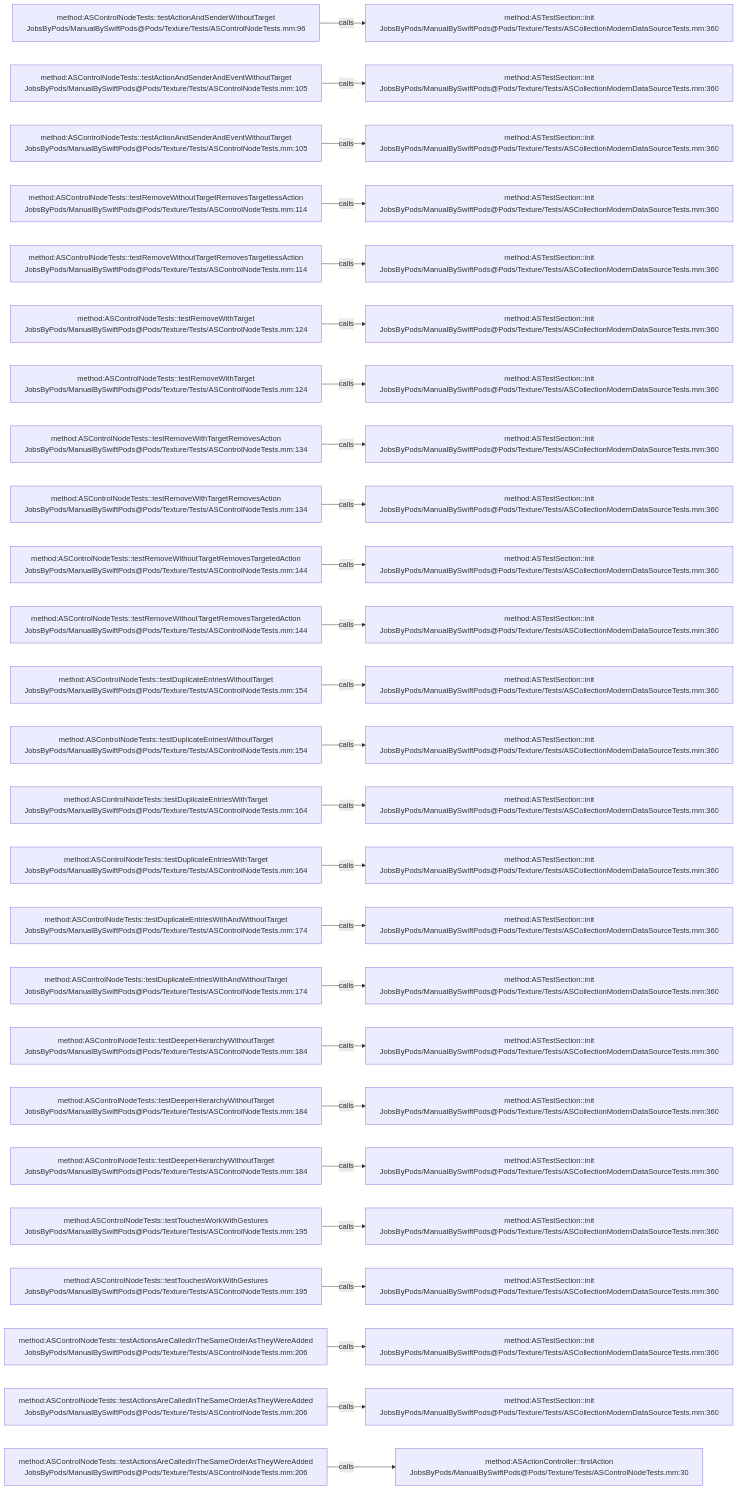
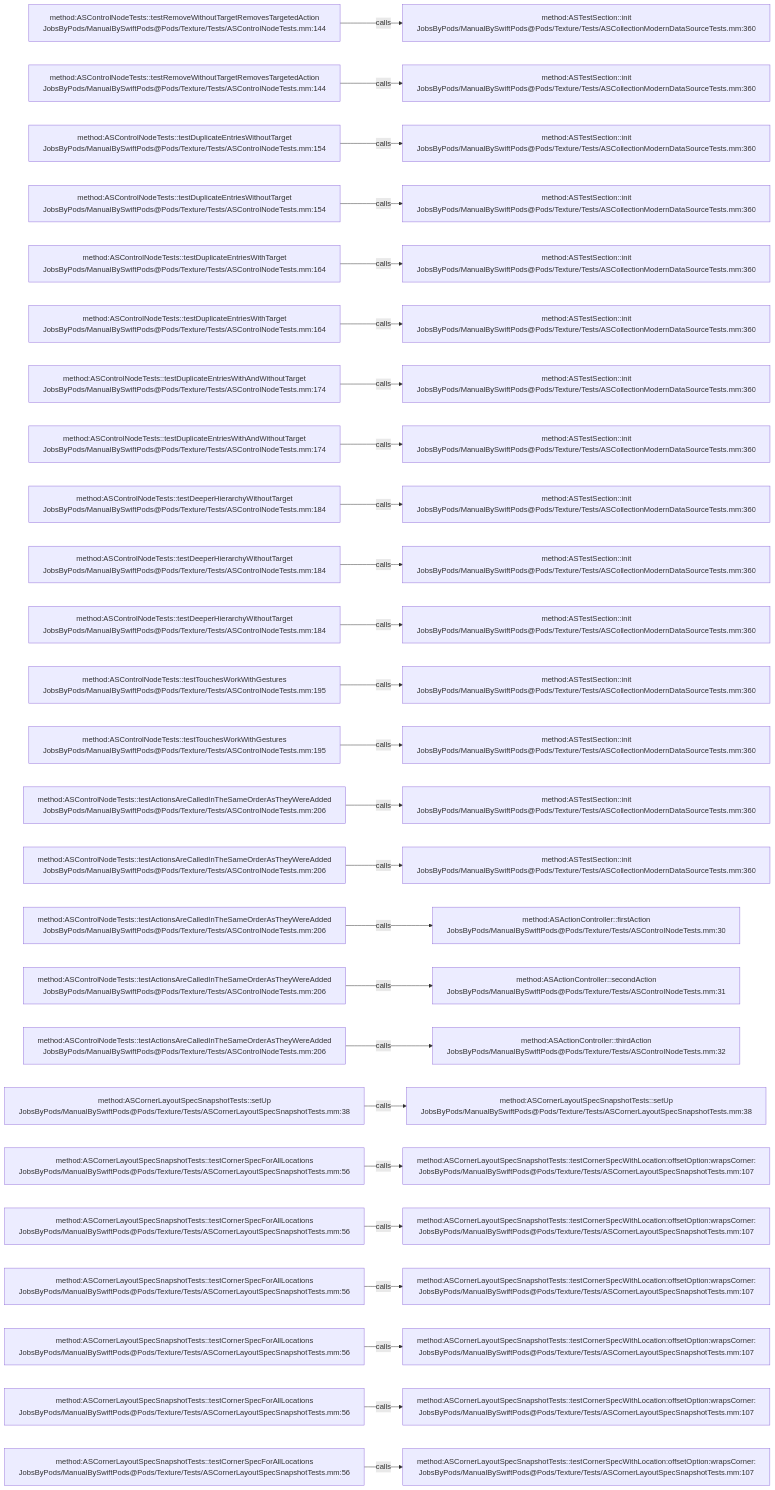
One commit to JobsKits/JobsSwiftBaseConfigDemo changed the diagram in .codegraph/codegraph.md/graphs/calls-176.md. Above: the diagram before and after it, drawn with Mermaid. The commit also changed 707 other files, not shown here.

````diff
--- a/.codegraph/codegraph.md/graphs/calls-176.md
+++ b/.codegraph/codegraph.md/graphs/calls-176.md
@@ -13,78 +13,78 @@
 ```mermaid
 flowchart LR
-  S1["method:ASControlNodeTests::testActionAndSenderWithoutTarget<br/>JobsByPods/ManualBySwiftPods@Pods/Texture/Tests/ASControlNodeTests.mm:96"]
+  S1["method:ASControlNodeTests::testRemoveWithoutTargetRemovesTargetedAction<br/>JobsByPods/ManualBySwiftPods@Pods/Texture/Tests/ASControlNodeTests.mm:144"]
   T1["method:ASTestSection::init<br/>JobsByPods/ManualBySwiftPods@Pods/Texture/Tests/ASCollectionModernDataSourceTests.mm:360"]
   S1 -->|calls| T1
-  S2["method:ASControlNodeTests::testActionAndSenderAndEventWithoutTarget<br/>JobsByPods/ManualBySwiftPods@Pods/Texture/Tests/ASControlNodeTests.mm:105"]
+  S2["method:ASControlNodeTests::testRemoveWithoutTargetRemovesTargetedAction<br/>JobsByPods/ManualBySwiftPods@Pods/Texture/Tests/ASControlNodeTests.mm:144"]
   T2["method:ASTestSection::init<br/>JobsByPods/ManualBySwiftPods@Pods/Texture/Tests/ASCollectionModernDataSourceTests.mm:360"]
   S2 -->|calls| T2
-  S3["method:ASControlNodeTests::testActionAndSenderAndEventWithoutTarget<br/>JobsByPods/ManualBySwiftPods@Pods/Texture/Tests/ASControlNodeTests.mm:105"]
+  S3["method:ASControlNodeTests::testDuplicateEntriesWithoutTarget<br/>JobsByPods/ManualBySwiftPods@Pods/Texture/Tests/ASControlNodeTests.mm:154"]
   T3["method:ASTestSection::init<br/>JobsByPods/ManualBySwiftPods@Pods/Texture/Tests/ASCollectionModernDataSourceTests.mm:360"]
   S3 -->|calls| T3
-  S4["method:ASControlNodeTests::testRemoveWithoutTargetRemovesTargetlessAction<br/>JobsByPods/ManualBySwiftPods@Pods/Texture/Tests/ASControlNodeTests.mm:114"]
+  S4["method:ASControlNodeTests::testDuplicateEntriesWithoutTarget<br/>JobsByPods/ManualBySwiftPods@Pods/Texture/Tests/ASControlNodeTests.mm:154"]
   T4["method:ASTestSection::init<br/>JobsByPods/ManualBySwiftPods@Pods/Texture/Tests/ASCollectionModernDataSourceTests.mm:360"]
   S4 -->|calls| T4
-  S5["method:ASControlNodeTests::testRemoveWithoutTargetRemovesTargetlessAction<br/>JobsByPods/ManualBySwiftPods@Pods/Texture/Tests/ASControlNodeTests.mm:114"]
+  S5["method:ASControlNodeTests::testDuplicateEntriesWithTarget<br/>JobsByPods/ManualBySwiftPods@Pods/Texture/Tests/ASControlNodeTests.mm:164"]
   T5["method:ASTestSection::init<br/>JobsByPods/ManualBySwiftPods@Pods/Texture/Tests/ASCollectionModernDataSourceTests.mm:360"]
   S5 -->|calls| T5
-  S6["method:ASControlNodeTests::testRemoveWithTarget<br/>JobsByPods/ManualBySwiftPods@Pods/Texture/Tests/ASControlNodeTests.mm:124"]
+  S6["method:ASControlNodeTests::testDuplicateEntriesWithTarget<br/>JobsByPods/ManualBySwiftPods@Pods/Texture/Tests/ASControlNodeTests.mm:164"]
   T6["method:ASTestSection::init<br/>JobsByPods/ManualBySwiftPods@Pods/Texture/Tests/ASCollectionModernDataSourceTests.mm:360"]
   S6 -->|calls| T6
-  S7["method:ASControlNodeTests::testRemoveWithTarget<br/>JobsByPods/ManualBySwiftPods@Pods/Texture/Tests/ASControlNodeTests.mm:124"]
+  S7["method:ASControlNodeTests::testDuplicateEntriesWithAndWithoutTarget<br/>JobsByPods/ManualBySwiftPods@Pods/Texture/Tests/ASControlNodeTests.mm:174"]
   T7["method:ASTestSection::init<br/>JobsByPods/ManualBySwiftPods@Pods/Texture/Tests/ASCollectionModernDataSourceTests.mm:360"]
   S7 -->|calls| T7
-  S8["method:ASControlNodeTests::testRemoveWithTargetRemovesAction<br/>JobsByPods/ManualBySwiftPods@Pods/Texture/Tests/ASControlNodeTests.mm:134"]
+  S8["method:ASControlNodeTests::testDuplicateEntriesWithAndWithoutTarget<br/>JobsByPods/ManualBySwiftPods@Pods/Texture/Tests/ASControlNodeTests.mm:174"]
   T8["method:ASTestSection::init<br/>JobsByPods/ManualBySwiftPods@Pods/Texture/Tests/ASCollectionModernDataSourceTests.mm:360"]
   S8 -->|calls| T8
-  S9["method:ASControlNodeTests::testRemoveWithTargetRemovesAction<br/>JobsByPods/ManualBySwiftPods@Pods/Texture/Tests/ASControlNodeTests.mm:134"]
+  S9["method:ASControlNodeTests::testDeeperHierarchyWithoutTarget<br/>JobsByPods/ManualBySwiftPods@Pods/Texture/Tests/ASControlNodeTests.mm:184"]
   T9["method:ASTestSection::init<br/>JobsByPods/ManualBySwiftPods@Pods/Texture/Tests/ASCollectionModernDataSourceTests.mm:360"]
   S9 -->|calls| T9
-  S10["method:ASControlNodeTests::testRemoveWithoutTargetRemovesTargetedAction<br/>JobsByPods/ManualBySwiftPods@Pods/Texture/Tests/ASControlNodeTests.mm:144"]
+  S10["method:ASControlNodeTests::testDeeperHierarchyWithoutTarget<br/>JobsByPods/ManualBySwiftPods@Pods/Texture/Tests/ASControlNodeTests.mm:184"]
   T10["method:ASTestSection::init<br/>JobsByPods/ManualBySwiftPods@Pods/Texture/Tests/ASCollectionModernDataSourceTests.mm:360"]
   S10 -->|calls| T10
-  S11["method:ASControlNodeTests::testRemoveWithoutTargetRemovesTargetedAction<br/>JobsByPods/ManualBySwiftPods@Pods/Texture/Tests/ASControlNodeTests.mm:144"]
+  S11["method:ASControlNodeTests::testDeeperHierarchyWithoutTarget<br/>JobsByPods/ManualBySwiftPods@Pods/Texture/Tests/ASControlNodeTests.mm:184"]
   T11["method:ASTestSection::init<br/>JobsByPods/ManualBySwiftPods@Pods/Texture/Tests/ASCollectionModernDataSourceTests.mm:360"]
   S11 -->|calls| T11
-  S12["method:ASControlNodeTests::testDuplicateEntriesWithoutTarget<br/>JobsByPods/ManualBySwiftPods@Pods/Texture/Tests/ASControlNodeTests.mm:154"]
+  S12["method:ASControlNodeTests::testTouchesWorkWithGestures<br/>JobsByPods/ManualBySwiftPods@Pods/Texture/Tests/ASControlNodeTests.mm:195"]
   T12["method:ASTestSection::init<br/>JobsByPods/ManualBySwiftPods@Pods/Texture/Tests/ASCollectionModernDataSourceTests.mm:360"]
   S12 -->|calls| T12
-  S13["method:ASControlNodeTests::testDuplicateEntriesWithoutTarget<br/>JobsByPods/ManualBySwiftPods@Pods/Texture/Tests/ASControlNodeTests.mm:154"]
+  S13["method:ASControlNodeTests::testTouchesWorkWithGestures<br/>JobsByPods/ManualBySwiftPods@Pods/Texture/Tests/ASControlNodeTests.mm:195"]
   T13["method:ASTestSection::init<br/>JobsByPods/ManualBySwiftPods@Pods/Texture/Tests/ASCollectionModernDataSourceTests.mm:360"]
   S13 -->|calls| T13
-  S14["method:ASControlNodeTests::testDuplicateEntriesWithTarget<br/>JobsByPods/ManualBySwiftPods@Pods/Texture/Tests/ASControlNodeTests.mm:164"]
+  S14["method:ASControlNodeTests::testActionsAreCalledInTheSameOrderAsTheyWereAdded<br/>JobsByPods/ManualBySwiftPods@Pods/Texture/Tests/ASControlNodeTests.mm:206"]
   T14["method:ASTestSection::init<br/>JobsByPods/ManualBySwiftPods@Pods/Texture/Tests/ASCollectionModernDataSourceTests.mm:360"]
   S14 -->|calls| T14
-  S15["method:ASControlNodeTests::testDuplicateEntriesWithTarget<br/>JobsByPods/ManualBySwiftPods@Pods/Texture/Tests/ASControlNodeTests.mm:164"]
+  S15["method:ASControlNodeTests::testActionsAreCalledInTheSameOrderAsTheyWereAdded<br/>JobsByPods/ManualBySwiftPods@Pods/Texture/Tests/ASControlNodeTests.mm:206"]
   T15["method:ASTestSection::init<br/>JobsByPods/ManualBySwiftPods@Pods/Texture/Tests/ASCollectionModernDataSourceTests.mm:360"]
   S15 -->|calls| T15
-  S16["method:ASControlNodeTests::testDuplicateEntriesWithAndWithoutTarget<br/>JobsByPods/ManualBySwiftPods@Pods/Texture/Tests/ASControlNodeTests.mm:174"]
-  T16["method:ASTestSection::init<br/>JobsByPods/ManualBySwiftPods@Pods/Texture/Tests/ASCollectionModernDataSourceTests.mm:360"]
+  S16["method:ASControlNodeTests::testActionsAreCalledInTheSameOrderAsTheyWereAdded<br/>JobsByPods/ManualBySwiftPods@Pods/Texture/Tests/ASControlNodeTests.mm:206"]
+  T16["method:ASActionController::firstAction<br/>JobsByPods/ManualBySwiftPods@Pods/Texture/Tests/ASControlNodeTests.mm:30"]
   S16 -->|calls| T16
-  S17["method:ASControlNodeTests::testDuplicateEntriesWithAndWithoutTarget<br/>JobsByPods/ManualBySwiftPods@Pods/Texture/Tests/ASControlNodeTests.mm:174"]
-  T17["method:ASTestSection::init<br/>JobsByPods/ManualBySwiftPods@Pods/Texture/Tests/ASCollectionModernDataSourceTests.mm:360"]
+  S17["method:ASControlNodeTests::testActionsAreCalledInTheSameOrderAsTheyWereAdded<br/>JobsByPods/ManualBySwiftPods@Pods/Texture/Tests/ASControlNodeTests.mm:206"]
+  T17["method:ASActionController::secondAction<br/>JobsByPods/ManualBySwiftPods@Pods/Texture/Tests/ASControlNodeTests.mm:31"]
   S17 -->|calls| T17
-  S18["method:ASControlNodeTests::testDeeperHierarchyWithoutTarget<br/>JobsByPods/ManualBySwiftPods@Pods/Texture/Tests/ASControlNodeTests.mm:184"]
-  T18["method:ASTestSection::init<br/>JobsByPods/ManualBySwiftPods@Pods/Texture/Tests/ASCollectionModernDataSourceTests.mm:360"]
+  S18["method:ASControlNodeTests::testActionsAreCalledInTheSameOrderAsTheyWereAdded<br/>JobsByPods/ManualBySwiftPods@Pods/Texture/Tests/ASControlNodeTests.mm:206"]
+  T18["method:ASActionController::thirdAction<br/>JobsByPods/ManualBySwiftPods@Pods/Texture/Tests/ASControlNodeTests.mm:32"]
   S18 -->|calls| T18
-  S19["method:ASControlNodeTests::testDeeperHierarchyWithoutTarget<br/>JobsByPods/ManualBySwiftPods@Pods/Texture/Tests/ASControlNodeTests.mm:184"]
-  T19["method:ASTestSection::init<br/>JobsByPods/ManualBySwiftPods@Pods/Texture/Tests/ASCollectionModernDataSourceTests.mm:360"]
+  S19["method:ASCornerLayoutSpecSnapshotTests::setUp<br/>JobsByPods/ManualBySwiftPods@Pods/Texture/Tests/ASCornerLayoutSpecSnapshotTests.mm:38"]
+  T19["method:ASCornerLayoutSpecSnapshotTests::setUp<br/>JobsByPods/ManualBySwiftPods@Pods/Texture/Tests/ASCornerLayoutSpecSnapshotTests.mm:38"]
   S19 -->|calls| T19
-  S20["method:ASControlNodeTests::testDeeperHierarchyWithoutTarget<br/>JobsByPods/ManualBySwiftPods@Pods/Texture/Tests/ASControlNodeTests.mm:184"]
-  T20["method:ASTestSection::init<br/>JobsByPods/ManualBySwiftPods@Pods/Texture/Tests/ASCollectionModernDataSourceTests.mm:360"]
+  S20["method:ASCornerLayoutSpecSnapshotTests::testCornerSpecForAllLocations<br/>JobsByPods/ManualBySwiftPods@Pods/Texture/Tests/ASCornerLayoutSpecSnapshotTests.mm:56"]
+  T20["method:ASCornerLayoutSpecSnapshotTests::testCornerSpecWithLocation:offsetOption:wrapsCorner:<br/>JobsByPods/ManualBySwiftPods@Pods/Texture/Tests/ASCornerLayoutSpecSnapshotTests.mm:107"]
   S20 -->|calls| T20
-  S21["method:ASControlNodeTests::testTouchesWorkWithGestures<br/>JobsByPods/ManualBySwiftPods@Pods/Texture/Tests/ASControlNodeTests.mm:195"]
-  T21["method:ASTestSection::init<br/>JobsByPods/ManualBySwiftPods@Pods/Texture/Tests/ASCollectionModernDataSourceTests.mm:360"]
+  S21["method:ASCornerLayoutSpecSnapshotTests::testCornerSpecForAllLocations<br/>JobsByPods/ManualBySwiftPods@Pods/Texture/Tests/ASCornerLayoutSpecSnapshotTests.mm:56"]
+  T21["method:ASCornerLayoutSpecSnapshotTests::testCornerSpecWithLocation:offsetOption:wrapsCorner:<br/>JobsByPods/ManualBySwiftPods@Pods/Texture/Tests/ASCornerLayoutSpecSnapshotTests.mm:107"]
   S21 -->|calls| T21
-  S22["method:ASControlNodeTests::testTouchesWorkWithGestures<br/>JobsByPods/ManualBySwiftPods@Pods/Texture/Tests/ASControlNodeTests.mm:195"]
-  T22["method:ASTestSection::init<br/>JobsByPods/ManualBySwiftPods@Pods/Texture/Tests/ASCollectionModernDataSourceTests.mm:360"]
+  S22["method:ASCornerLayoutSpecSnapshotTests::testCornerSpecForAllLocations<br/>JobsByPods/ManualBySwiftPods@Pods/Texture/Tests/ASCornerLayoutSpecSnapshotTests.mm:56"]
+  T22["method:ASCornerLayoutSpecSnapshotTests::testCornerSpecWithLocation:offsetOption:wrapsCorner:<br/>JobsByPods/ManualBySwiftPods@Pods/Texture/Tests/ASCornerLayoutSpecSnapshotTests.mm:107"]
   S22 -->|calls| T22
-  S23["method:ASControlNodeTests::testActionsAreCalledInTheSameOrderAsTheyWereAdded<br/>JobsByPods/ManualBySwiftPods@Pods/Texture/Tests/ASControlNodeTests.mm:206"]
-  T23["method:ASTestSection::init<br/>JobsByPods/ManualBySwiftPods@Pods/Texture/Tests/ASCollectionModernDataSourceTests.mm:360"]
+  S23["method:ASCornerLayoutSpecSnapshotTests::testCornerSpecForAllLocations<br/>JobsByPods/ManualBySwiftPods@Pods/Texture/Tests/ASCornerLayoutSpecSnapshotTests.mm:56"]
+  T23["method:ASCornerLayoutSpecSnapshotTests::testCornerSpecWithLocation:offsetOption:wrapsCorner:<br/>JobsByPods/ManualBySwiftPods@Pods/Texture/Tests/ASCornerLayoutSpecSnapshotTests.mm:107"]
   S23 -->|calls| T23
-  S24["method:ASControlNodeTests::testActionsAreCalledInTheSameOrderAsTheyWereAdded<br/>JobsByPods/ManualBySwiftPods@Pods/Texture/Tests/ASControlNodeTests.mm:206"]
-  T24["method:ASTestSection::init<br/>JobsByPods/ManualBySwiftPods@Pods/Texture/Tests/ASCollectionModernDataSourceTests.mm:360"]
+  S24["method:ASCornerLayoutSpecSnapshotTests::testCornerSpecForAllLocations<br/>JobsByPods/ManualBySwiftPods@Pods/Texture/Tests/ASCornerLayoutSpecSnapshotTests.mm:56"]
+  T24["method:ASCornerLayoutSpecSnapshotTests::testCornerSpecWithLocation:offsetOption:wrapsCorner:<br/>JobsByPods/ManualBySwiftPods@Pods/Texture/Tests/ASCornerLayoutSpecSnapshotTests.mm:107"]
   S24 -->|calls| T24
-  S25["method:ASControlNodeTests::testActionsAreCalledInTheSameOrderAsTheyWereAdded<br/>JobsByPods/ManualBySwiftPods@Pods/Texture/Tests/ASControlNodeTests.mm:206"]
-  T25["method:ASActionController::firstAction<br/>JobsByPods/ManualBySwiftPods@Pods/Texture/Tests/ASControlNodeTests.mm:30"]
+  S25["method:ASCornerLayoutSpecSnapshotTests::testCornerSpecForAllLocations<br/>JobsByPods/ManualBySwiftPods@Pods/Texture/Tests/ASCornerLayoutSpecSnapshotTests.mm:56"]
+  T25["method:ASCornerLayoutSpecSnapshotTests::testCornerSpecWithLocation:offsetOption:wrapsCorner:<br/>JobsByPods/ManualBySwiftPods@Pods/Texture/Tests/ASCornerLayoutSpecSnapshotTests.mm:107"]
   S25 -->|calls| T25
 ```
````
